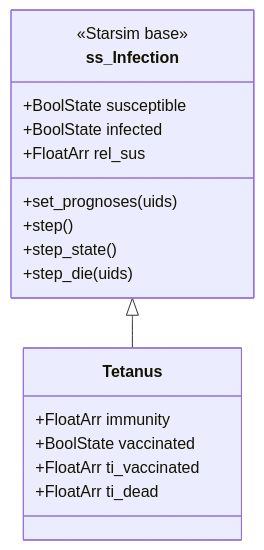
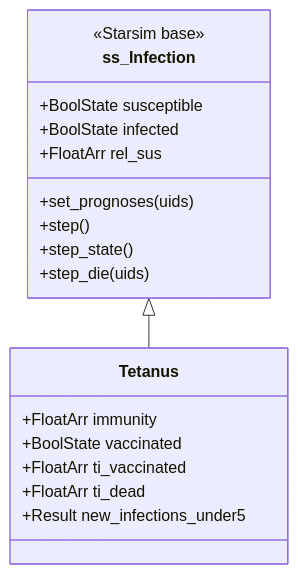
The eighth of 12 diagrams in docs/ARCHITECTURE.md (starsimhub/zdsim), drawn with Mermaid before and after one commit. The commit also changed other lines of this file and 16 other files, not shown here.

````diff
--- a/docs/ARCHITECTURE.md
+++ b/docs/ARCHITECTURE.md
@@ -305,22 +307,23 @@
 ```mermaid
 classDiagram
     class ss_Infection {
         <<Starsim base>>
         +BoolState susceptible
         +BoolState infected
         +FloatArr rel_sus
         +set_prognoses(uids)
         +step()
         +step_state()
         +step_die(uids)
     }
 
     class Tetanus {
         +FloatArr immunity
         +BoolState vaccinated
         +FloatArr ti_vaccinated
         +FloatArr ti_dead
+        +Result new_infections_under5
     }
 
     ss_Infection <|-- Tetanus
 ```
````
